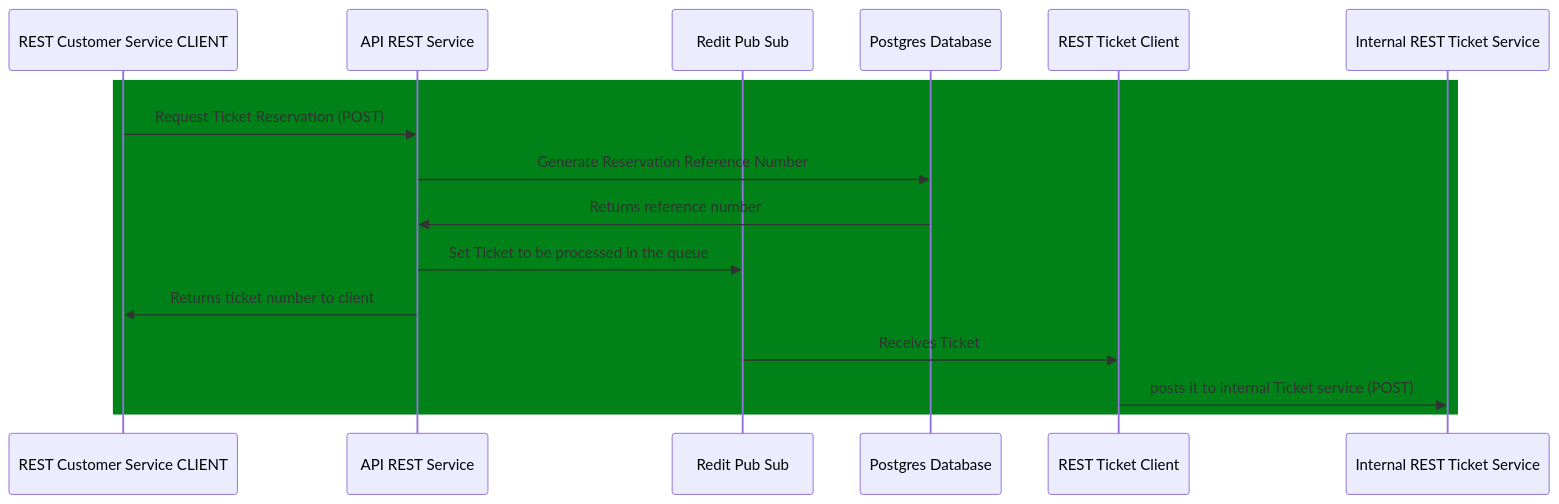
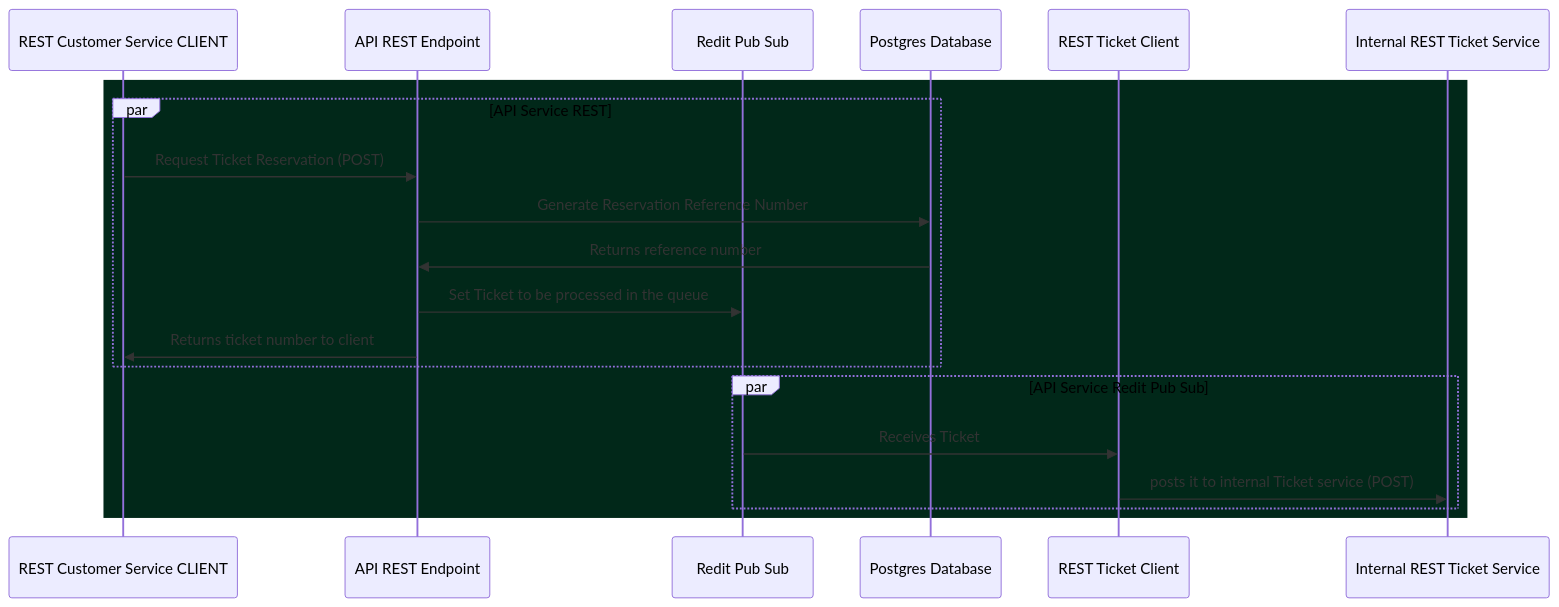
Before and after one commit to jesperancinha/buy-odd-yucca-concert: the diagram in buy-oyc-api-service/README.md, drawn with Mermaid.

Commit message:
🌿 Update sequence diagram

````diff
--- a/buy-oyc-api-service/README.md
+++ b/buy-oyc-api-service/README.md
@@ -7,21 +7,24 @@
 ```mermaid
 
 sequenceDiagram
     participant REST Customer Service CLIENT
-    participant API REST Service
+    participant API REST Endpoint
     participant Redit Pub Sub
     participant Postgres Database
     participant REST Ticket Client
     participant Internal REST Ticket Service
     
-    rect rgb(1,130,25)
-    
-    REST Customer Service CLIENT->>API REST Service: Request Ticket Reservation (POST)
-    API REST Service ->> Postgres Database: Generate Reservation Reference Number
-    Postgres Database ->> API REST Service: Returns reference number
-    API REST Service  ->> Redit Pub Sub: Set Ticket to be processed in the queue
-    API REST Service ->> REST Customer Service CLIENT: Returns ticket number to client
-    Redit Pub Sub ->> REST Ticket Client: Receives Ticket 
-    REST Ticket Client ->> Internal REST Ticket Service: posts it to internal Ticket service (POST)
+    rect rgb(1,40,25)
+    par API Service REST
+        REST Customer Service CLIENT->>API REST Endpoint: Request Ticket Reservation (POST)
+        API REST Endpoint ->> Postgres Database: Generate Reservation Reference Number
+        Postgres Database ->> API REST Endpoint: Returns reference number
+        API REST Endpoint  ->> Redit Pub Sub: Set Ticket to be processed in the queue
+        API REST Endpoint ->> REST Customer Service CLIENT: Returns ticket number to client
+    end
+    par API Service Redit Pub Sub
+        Redit Pub Sub ->> REST Ticket Client: Receives Ticket 
+        REST Ticket Client ->> Internal REST Ticket Service: posts it to internal Ticket service (POST)
+    end
     end
 ```
````
